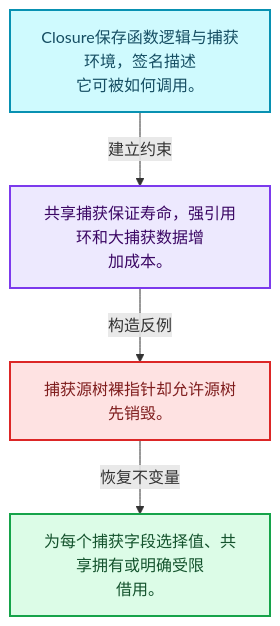
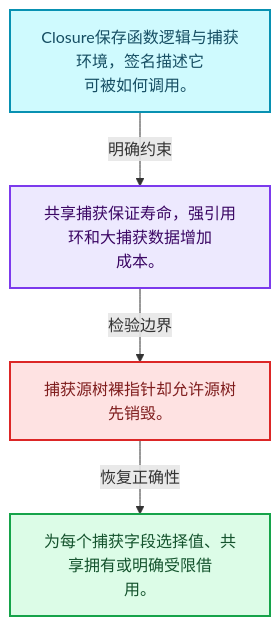
Before and after one commit to yunkezengren/blender-.vscode: the first of 4 diagrams in 杂/markdown/全面学习-codex/10-引用生命周期与Closure/06-Closure表示与捕获.md, drawn with Mermaid. The commit also changed other lines of this file and 1930 other files, not shown here.

````diff
--- a/杂/markdown/全面学习-codex/10-引用生命周期与Closure/06-Closure表示与捕获.md
+++ b/杂/markdown/全面学习-codex/10-引用生命周期与Closure/06-Closure表示与捕获.md
@@ -29,16 +29,16 @@
 ```mermaid
 flowchart TB
-  M["Closure保存函数逻辑与捕获环境，签名描述<br/>它可被如何调用。"]:::data
-  T["共享捕获保证寿命，强引用环和大捕获数据增<br/>加成本。"]:::abstraction
-  X["捕获源树裸指针却允许源树先销毁。"]:::error
-  A["为每个捕获字段选择值、共享拥有或明确受限<br/>借用。"]:::result
-  M -->|"建立约束"| T
-  T -->|"构造反例"| X
-  X -->|"恢复不变量"| A
+  M["Closure保存函数逻辑与捕获环境，签名描述它<br/>可被如何调用。"]:::data
+  C["共享捕获保证寿命，强引用环和大捕获数据增加<br/>成本。"]:::abstraction
+  B["捕获源树裸指针却允许源树先销毁。"]:::error
+  R["为每个捕获字段选择值、共享拥有或明确受限借<br/>用。"]:::result
+  M -->|"明确约束"| C
+  C -->|"检验边界"| B
+  B -->|"恢复正确性"| R
   classDef input fill:#DBEAFE,stroke:#2563EB,color:#172554,stroke-width:2px;
   classDef data fill:#CFFAFE,stroke:#0891B2,color:#164E63,stroke-width:2px;
   classDef abstraction fill:#EDE9FE,stroke:#7C3AED,color:#3B0764,stroke-width:2px;
   classDef compute fill:#FEF3C7,stroke:#D97706,color:#78350F,stroke-width:2px;
   classDef result fill:#DCFCE7,stroke:#16A34A,color:#14532D,stroke-width:2px;
   classDef error fill:#FEE2E2,stroke:#DC2626,color:#7F1D1D,stroke-width:2px;
 ```
````
